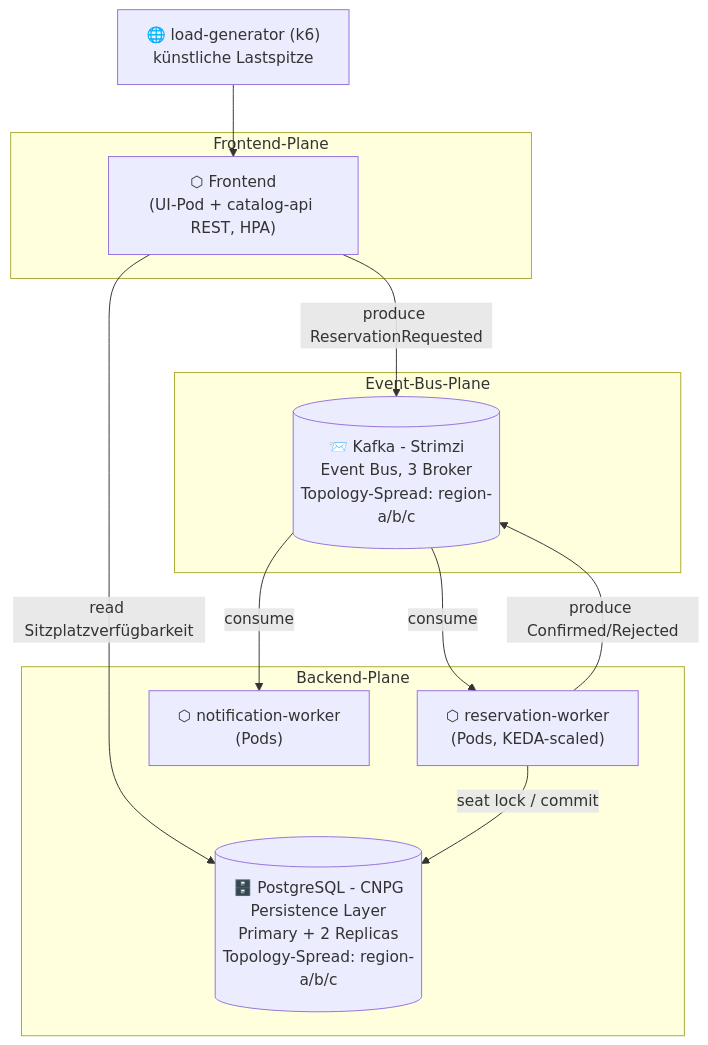
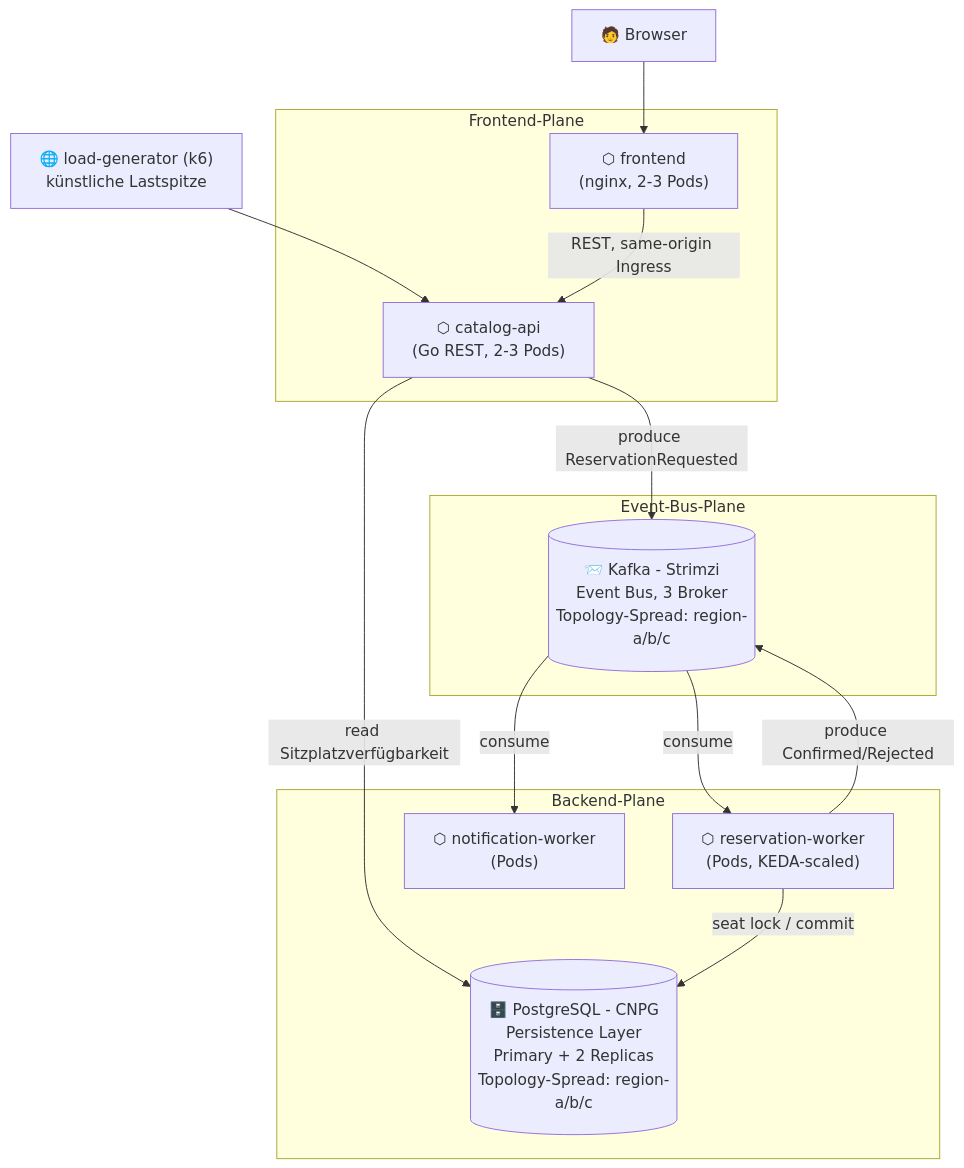
Before and after one commit to Engelhan/DHBWCASCloudNative: the diagram in README.md, drawn with Mermaid. The commit also changed other lines of this file and 1 other file, not shown here.

````diff
--- a/README.md
+++ b/README.md
@@ -92,25 +92,29 @@
 ```mermaid
 flowchart TB
-    LOADGEN["🌐 load-generator (k6)<br/>künstliche Lastspitze"] --> FRONTEND
+    USER["🧑 Browser"] --> FRONTEND
+    LOADGEN["🌐 load-generator (k6)<br/>künstliche Lastspitze"] --> CATALOG_API
 
     subgraph FEPLANE["Frontend-Plane"]
-        FRONTEND["⬡ Frontend<br/>(UI-Pod + catalog-api REST, HPA)"]
+        FRONTEND["⬡ frontend<br/>(nginx, 2-3 Pods)"]
+        CATALOG_API["⬡ catalog-api<br/>(Go REST, 2-3 Pods)"]
     end
+
+    FRONTEND -->|"REST, same-origin Ingress"| CATALOG_API
 
     subgraph BUSPLANE["Event-Bus-Plane"]
         KAFKA[("📨 Kafka - Strimzi<br/>Event Bus, 3 Broker<br/>Topology-Spread: region-a/b/c")]
     end
 
     subgraph BEPLANE["Backend-Plane"]
         RESERVATION["⬡ reservation-worker<br/>(Pods, KEDA-scaled)"]
         NOTIFY["⬡ notification-worker<br/>(Pods)"]
         PG[("🗄️ PostgreSQL - CNPG<br/>Persistence Layer<br/>Primary + 2 Replicas<br/>Topology-Spread: region-a/b/c")]
     end
 
-    FRONTEND -->|"produce ReservationRequested"| KAFKA
-    FRONTEND -->|"read Sitzplatzverfügbarkeit"| PG
+    CATALOG_API -->|"produce ReservationRequested"| KAFKA
+    CATALOG_API -->|"read Sitzplatzverfügbarkeit"| PG
     KAFKA -->|"consume"| RESERVATION
     RESERVATION -->|"seat lock / commit"| PG
     RESERVATION -->|"produce Confirmed/Rejected"| KAFKA
     KAFKA -->|"consume"| NOTIFY
 ```
````
